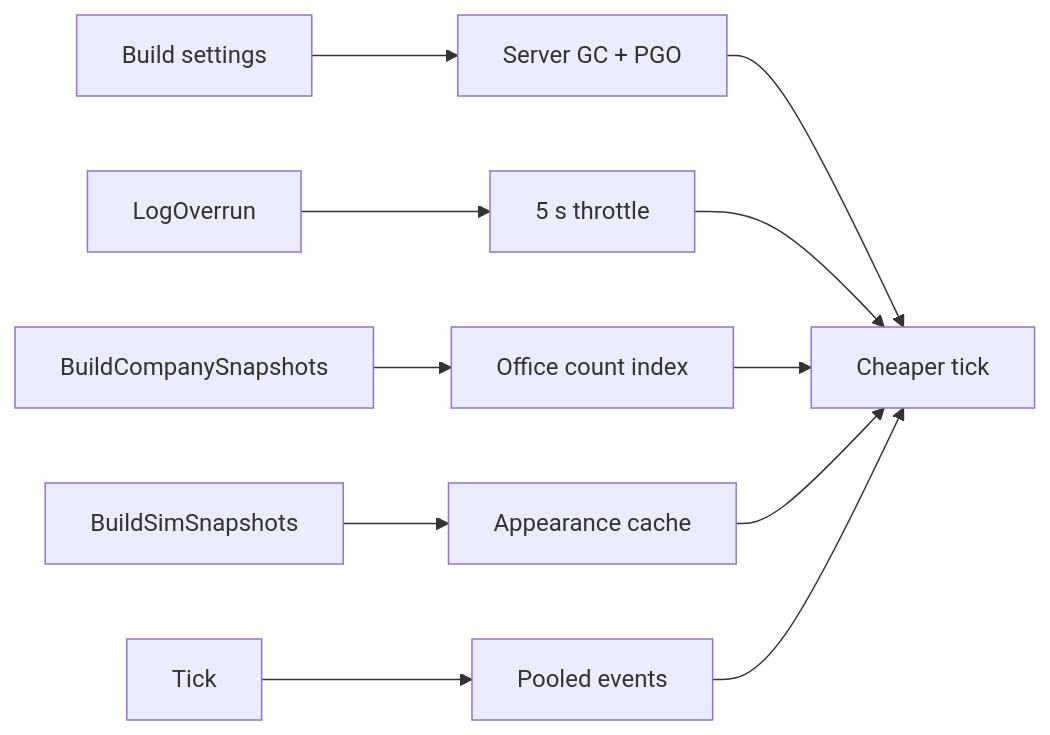
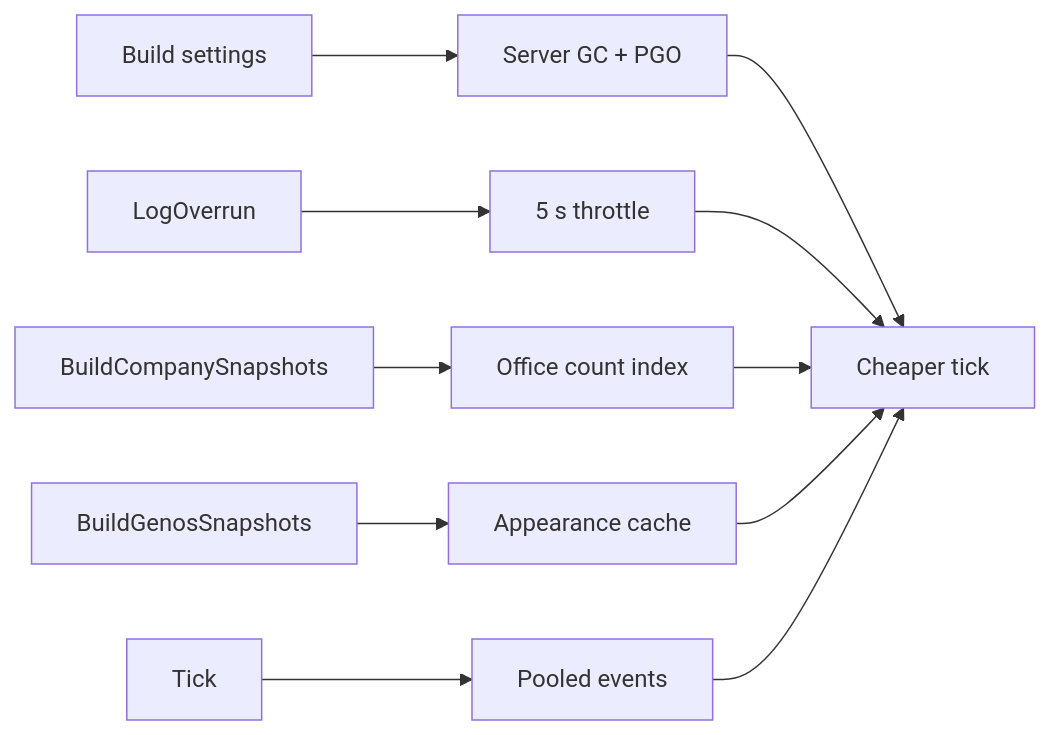
The diagram in docs/plans/roadmap-v6/01-runtime-and-hot-path-trims/summary.md (takethispie/GeneLife), drawn with Mermaid before and after one commit. The commit also changed other lines of this file and 361 other files, not shown here.

Commit message:
refactor: rename sim entities to genos

````diff
--- a/docs/plans/roadmap-v6/01-runtime-and-hot-path-trims/summary.md
+++ b/docs/plans/roadmap-v6/01-runtime-and-hot-path-trims/summary.md
@@ -34,13 +34,13 @@
 ```mermaid
 flowchart LR
     B[Build settings] --> GC[Server GC + PGO]
     L[LogOverrun] --> TH[5 s throttle]
     C[BuildCompanySnapshots] --> IDX[Office count index]
-    A[BuildSimSnapshots] --> CACHE[Appearance cache]
+    A[BuildGenosSnapshots] --> CACHE[Appearance cache]
     T[Tick] --> POOL[Pooled events]
     GC --> M[Cheaper tick]
     TH --> M
     IDX --> M
     CACHE --> M
     POOL --> M
 ```
````
